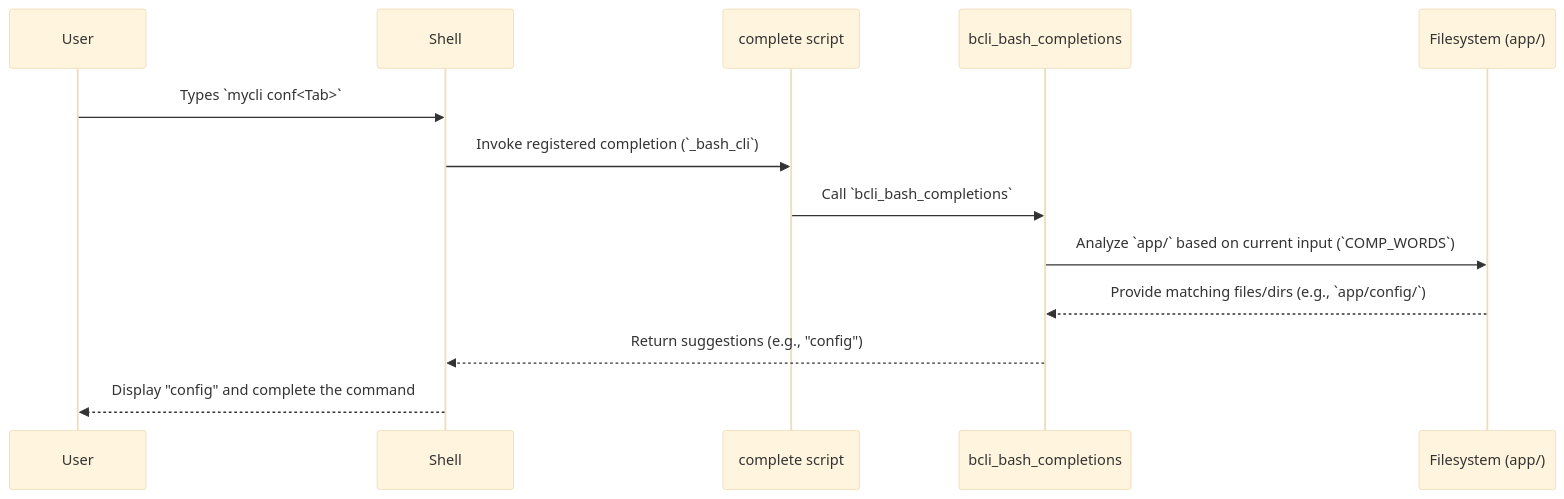
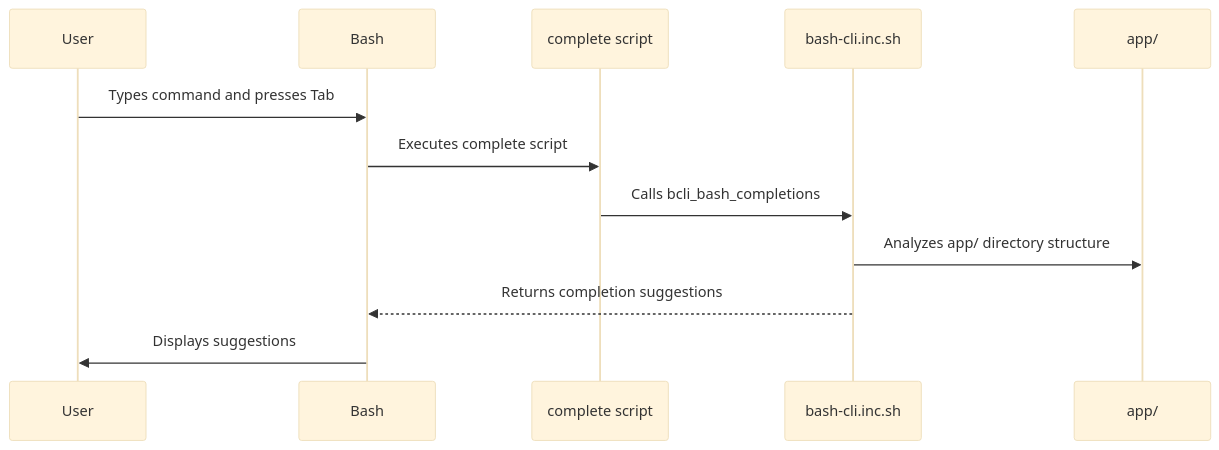
One commit to aireilly/bash-cli-docs-test changed the diagram in docs/04_bash_completion_logic_.md. Above: the diagram before and after it, drawn with Mermaid (base theme). The commit also changed other lines of this file and 6 other files, not shown here.

````diff
--- a/docs/04_bash_completion_logic_.md
+++ b/docs/04_bash_completion_logic_.md
@@ -54,16 +33,15 @@
 ```mermaid
 sequenceDiagram
     participant User
-    participant Shell
-    participant CompleteScript as complete script
-    participant CompletionFunc as bcli_bash_completions
-    participant FS as Filesystem (app/)
+    participant Bash
+    participant complete script
+    participant bash-cli.inc.sh
+    participant app/
 
-    User->>Shell: Types `mycli conf<Tab>`
-    Shell->>CompleteScript: Invoke registered completion (`_bash_cli`)
-    CompleteScript->>CompletionFunc: Call `bcli_bash_completions`
-    CompletionFunc->>FS: Analyze `app/` based on current input (`COMP_WORDS`)
-    FS-->>CompletionFunc: Provide matching files/dirs (e.g., `app/config/`)
-    CompletionFunc-->>Shell: Return suggestions (e.g., "config")
-    Shell-->>User: Display "config" and complete the command
+    User->>Bash: Types command and presses Tab
+    Bash->>complete script: Executes complete script
+    complete script->>bash-cli.inc.sh: Calls bcli_bash_completions
+    bash-cli.inc.sh->>app/: Analyzes app/ directory structure
+    bash-cli.inc.sh-->>Bash: Returns completion suggestions
+    Bash->>User: Displays suggestions
 ```
````
